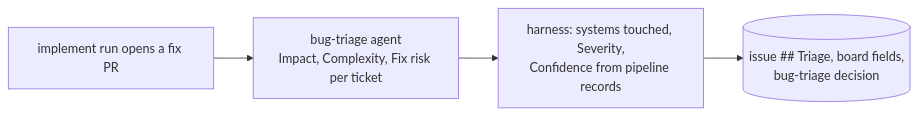
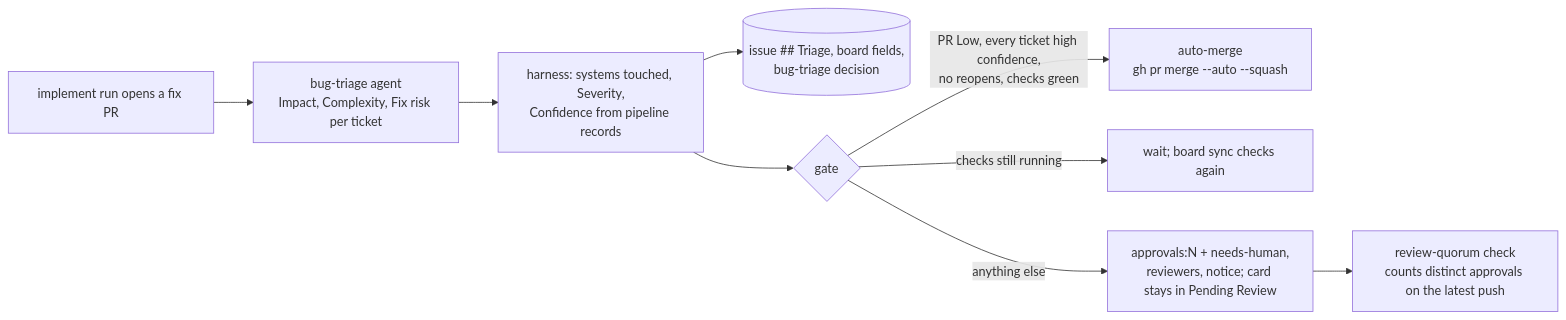
Before and after one commit to armandodollia-slalom/AI-Immersion-eShop: the diagram in docs/ai-pipeline/review-gate.md, drawn with Mermaid. The commit also changed other lines of this file and 9 other files, not shown here.

First line of the commit message:
Review gate step 2: review notices, labels, reviewers and review-quorum

````diff
--- a/docs/ai-pipeline/review-gate.md
+++ b/docs/ai-pipeline/review-gate.md
@@ -7,6 +7,11 @@
 ```mermaid
 flowchart LR
   P[implement run opens a fix PR] --> A[bug-triage agent<br/>Impact, Complexity, Fix risk per ticket]
   A --> H[harness: systems touched, Severity,<br/>Confidence from pipeline records]
   H --> R[(issue ## Triage, board fields,<br/>bug-triage decision)]
+  H --> G{gate}
+  G -->|PR Low, every ticket high confidence,<br/>no reopens, checks green| M[auto-merge<br/>gh pr merge --auto --squash]
+  G -->|checks still running| W[wait; board sync checks again]
+  G -->|anything else| V[approvals:N + needs-human,<br/>reviewers, notice; card stays in Pending Review]
+  V --> Q[review-quorum check<br/>counts distinct approvals on the latest push]
 ```
````
